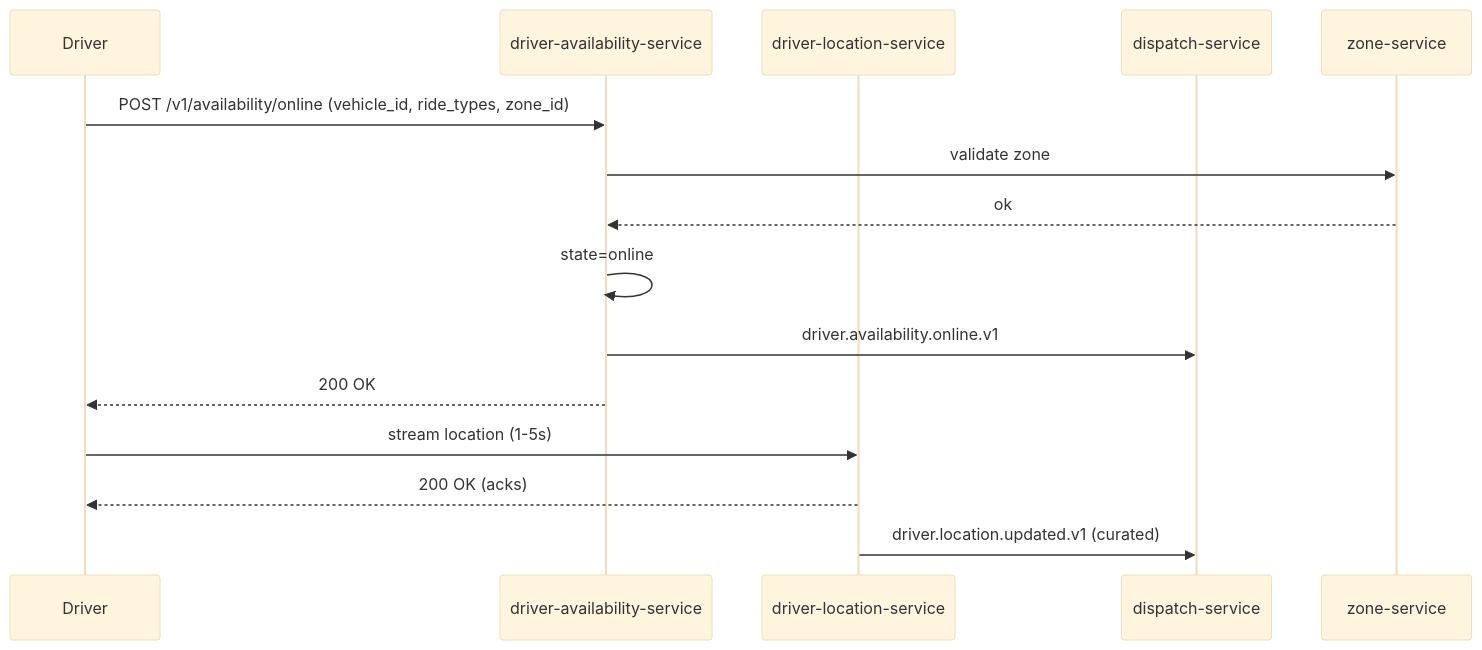
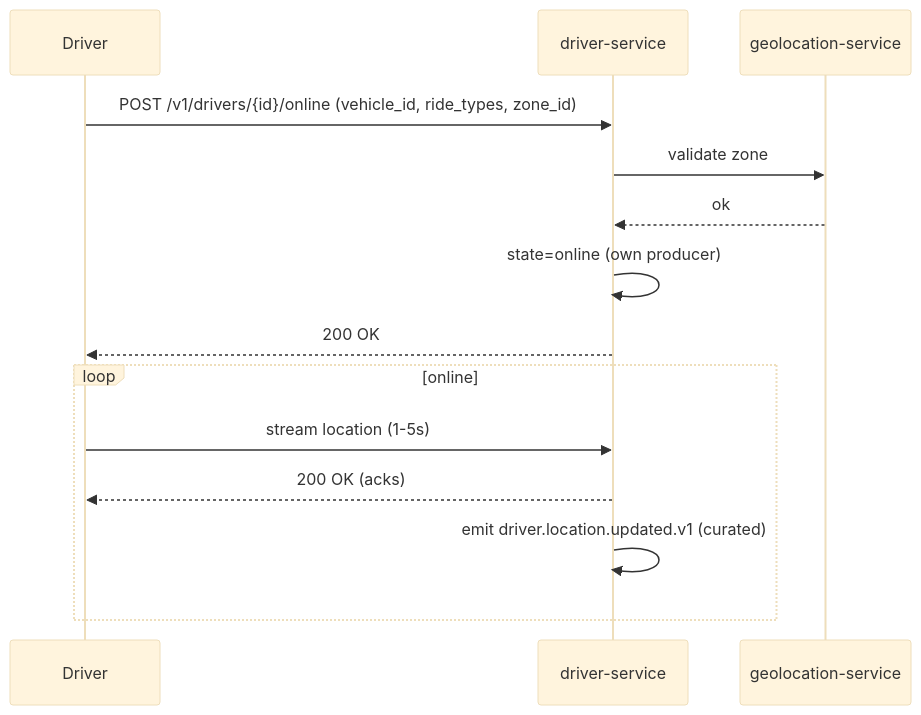
One commit to mohamedhabibwork/trips-enjoy-docs changed the third of 10 diagrams in docs/workflows/DRIVER_WORKFLOWS.md. Above: the diagram before and after it, drawn with Mermaid (base theme). The commit also changed other lines of this file and 525 other files, not shown here.

````diff
--- a/docs/workflows/DRIVER_WORKFLOWS.md
+++ b/docs/workflows/DRIVER_WORKFLOWS.md
@@ -65,18 +67,17 @@
 ```mermaid
 sequenceDiagram
     participant DR as Driver
-    participant DA as driver-availability-service
-    participant DL as driver-location-service
-    participant DSP as dispatch-service
-    participant ZN as zone-service
+    participant DRV as driver-service
+    participant GEO as geolocation-service
 
-    DR->>DA: POST /v1/availability/online (vehicle_id, ride_types, zone_id)
-    DA->>ZN: validate zone
-    ZN-->>DA: ok
-    DA->>DA: state=online
-    DA->>DSP: driver.availability.online.v1
-    DA-->>DR: 200 OK
-    DR->>DL: stream location (1-5s)
-    DL-->>DR: 200 OK (acks)
-    DL->>DSP: driver.location.updated.v1 (curated)
+    DR->>DRV: POST /v1/drivers/{id}/online (vehicle_id, ride_types, zone_id)
+    DRV->>GEO: validate zone
+    GEO-->>DRV: ok
+    DRV->>DRV: state=online (own producer)
+    DRV-->>DR: 200 OK
+    loop online
+        DR->>DRV: stream location (1-5s)
+        DRV-->>DR: 200 OK (acks)
+        DRV->>DRV: emit driver.location.updated.v1 (curated)
+    end
 ```
````
